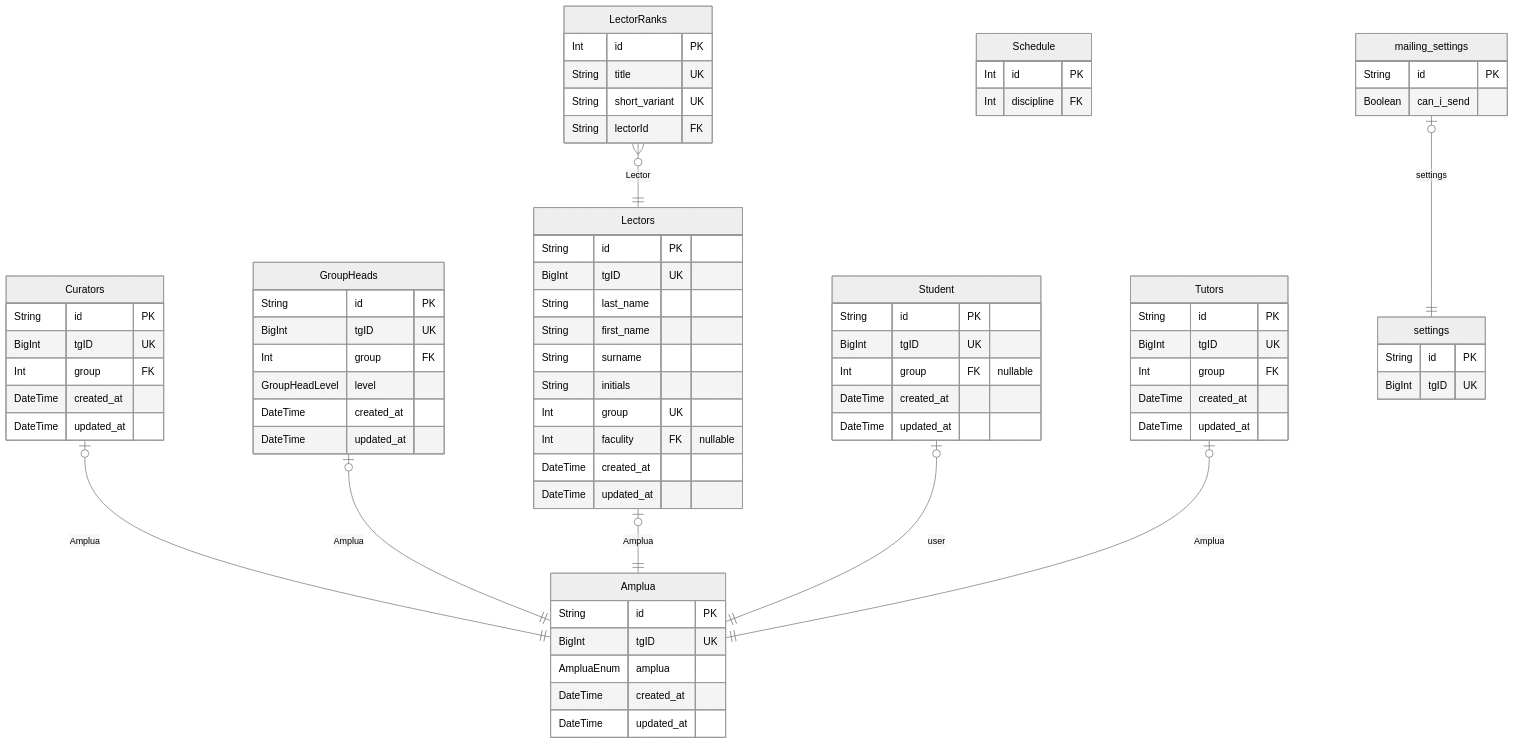
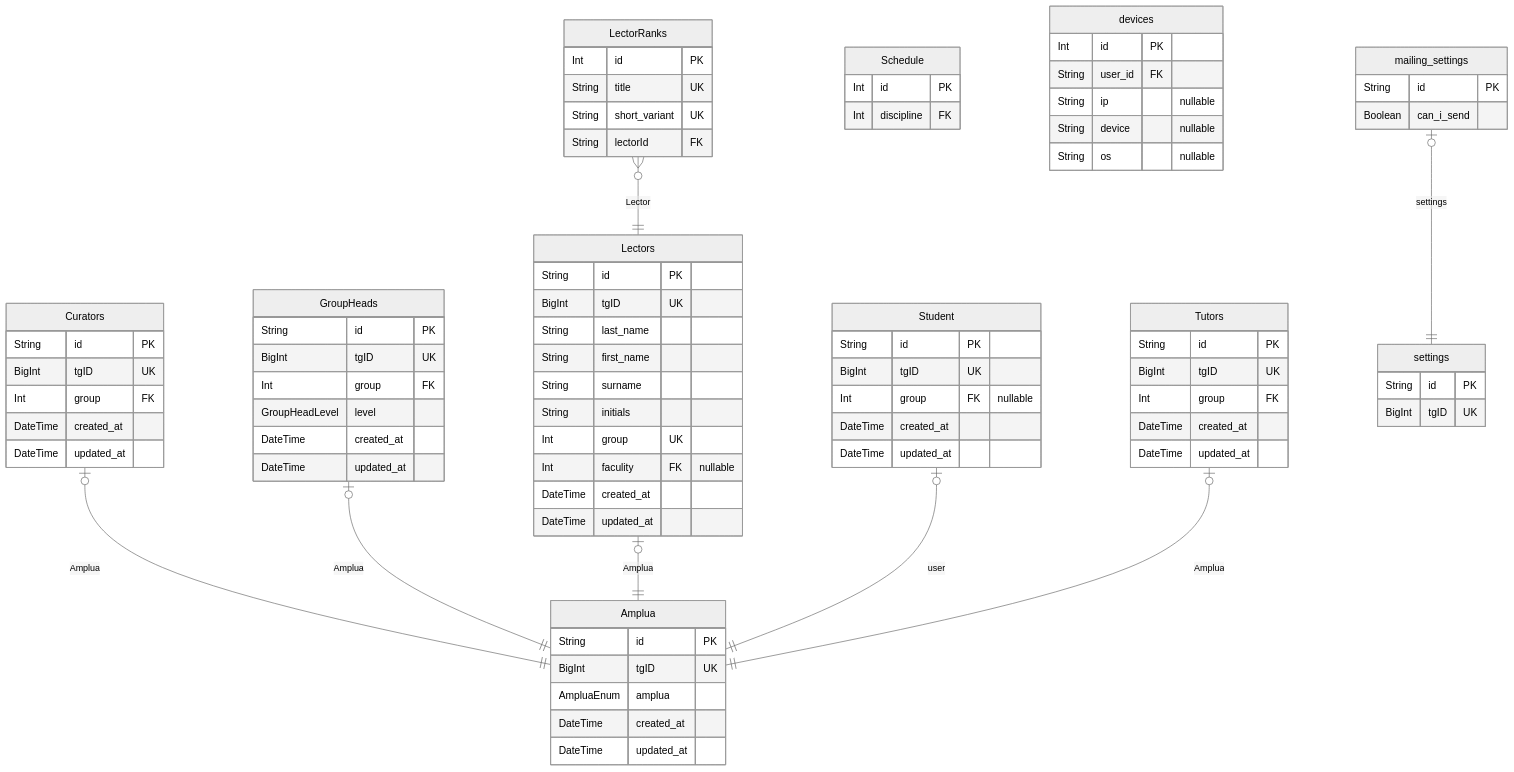
One commit to NeatDeveloper/Thodle changed the third of 3 diagrams in packages/db/prisma/DatabaseSchema.md. Above: the diagram before and after it, drawn with Mermaid (neutral theme). The commit also changed other lines of this file and 93 other files, not shown here.

```diff
--- a/packages/db/prisma/DatabaseSchema.md
+++ b/packages/db/prisma/DatabaseSchema.md
@@ -260,13 +262,20 @@
   Int id PK
   Int discipline FK
 }
-"mailing_settings" {
-  String id PK
-  Boolean can_i_send
+"devices" {
+  Int id PK
+  String user_id FK
+  String ip "nullable"
+  String device "nullable"
+  String os "nullable"
 }
 "settings" {
   String id PK
   BigInt tgID UK
+}
+"mailing_settings" {
+  String id PK
+  Boolean can_i_send
 }
 "Curators" |o--|| "Amplua" : Amplua
 "GroupHeads" |o--|| "Amplua" : Amplua
```
